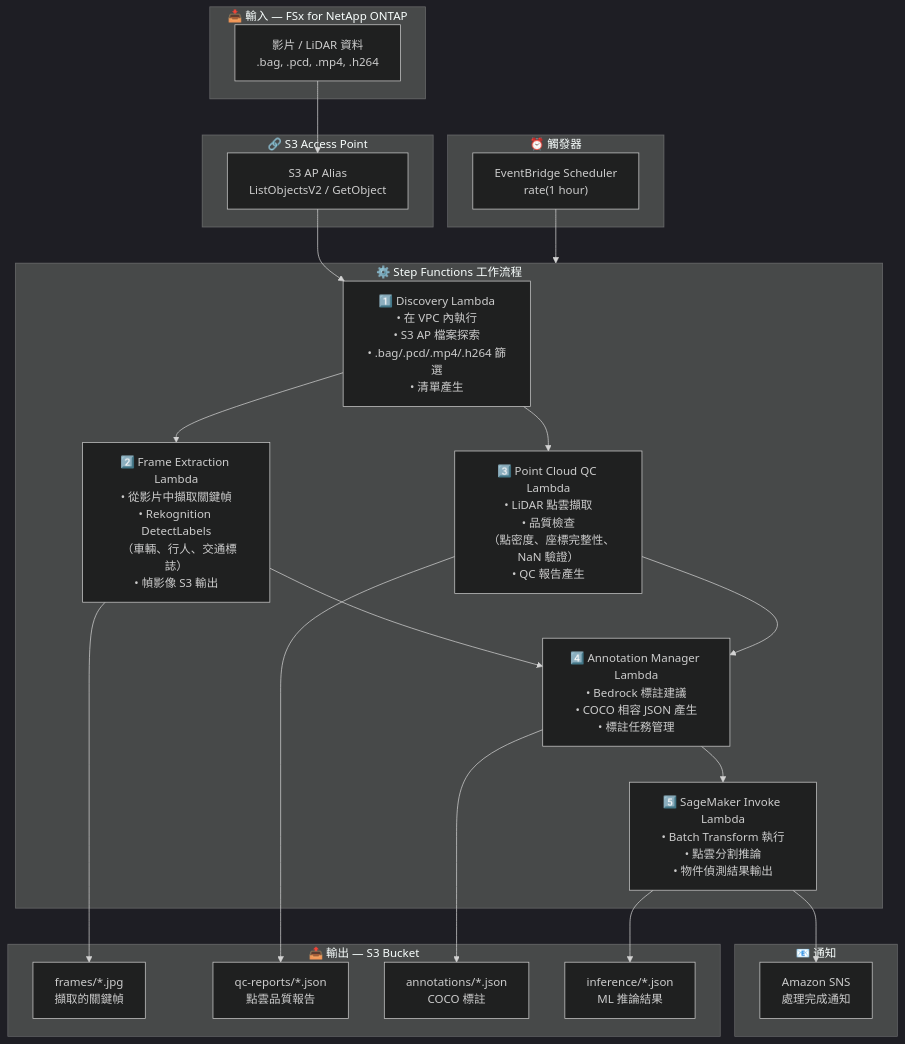
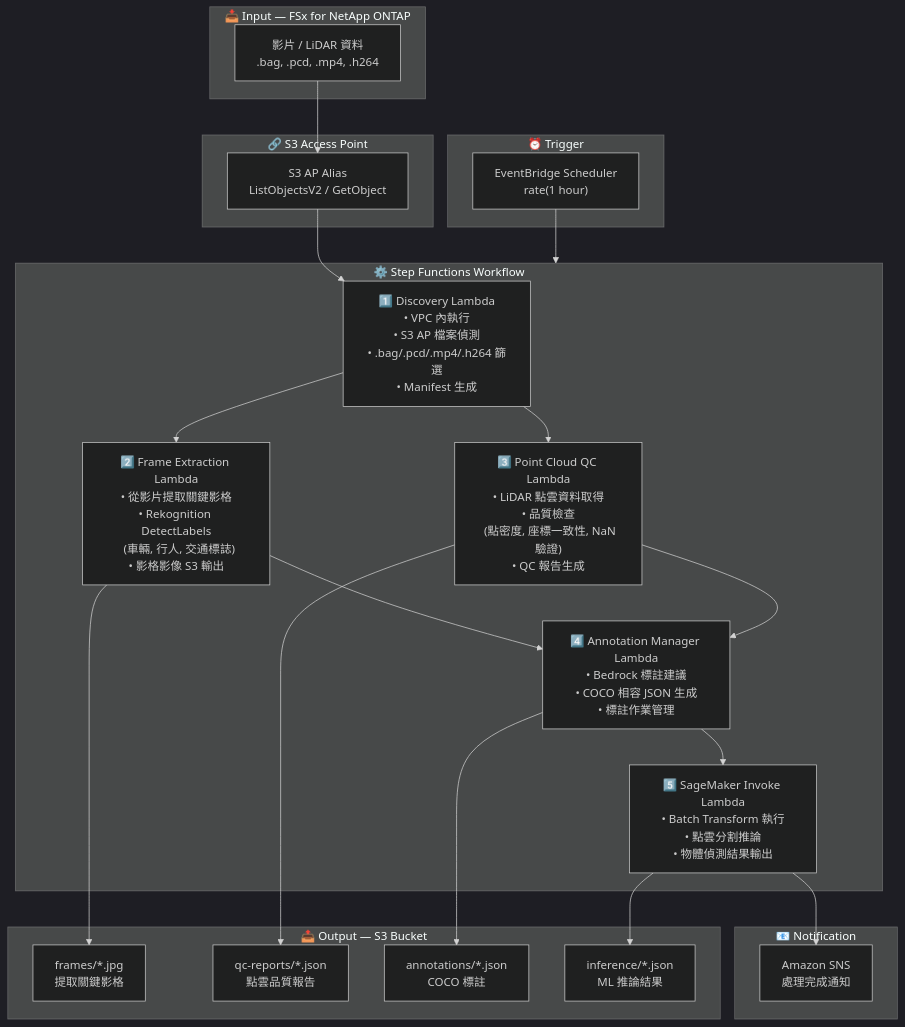
One commit to Yoshiki0705/FSx-for-ONTAP-S3AccessPoints-Serverless-Patterns changed the diagram in autonomous-driving/docs/architecture.zh-TW.md. Above: the diagram before and after it, drawn with Mermaid (dark theme). The commit also changed other lines of this file and 54 other files, not shown here.

````diff
--- a/autonomous-driving/docs/architecture.zh-TW.md
+++ b/autonomous-driving/docs/architecture.zh-TW.md
@@ -11,47 +13,47 @@
 ```mermaid
 flowchart TB
-    subgraph INPUT["📥 輸入 — FSx for NetApp ONTAP"]
+    subgraph INPUT["📥 Input — FSx for NetApp ONTAP"]
         DATA["影片 / LiDAR 資料<br/>.bag, .pcd, .mp4, .h264"]
     end
 
     subgraph S3AP["🔗 S3 Access Point"]
         ALIAS["S3 AP Alias<br/>ListObjectsV2 / GetObject"]
     end
 
-    subgraph TRIGGER["⏰ 觸發器"]
+    subgraph TRIGGER["⏰ Trigger"]
         EB["EventBridge Scheduler<br/>rate(1 hour)"]
     end
 
-    subgraph SFN["⚙️ Step Functions 工作流程"]
-        DISC["1️⃣ Discovery Lambda<br/>• 在 VPC 內執行<br/>• S3 AP 檔案探索<br/>• .bag/.pcd/.mp4/.h264 篩選<br/>• 清單產生"]
-        FE["2️⃣ Frame Extraction Lambda<br/>• 從影片中擷取關鍵幀<br/>• Rekognition DetectLabels<br/>  （車輛、行人、交通標誌）<br/>• 幀影像 S3 輸出"]
-        PC["3️⃣ Point Cloud QC Lambda<br/>• LiDAR 點雲擷取<br/>• 品質檢查<br/>  （點密度、座標完整性、NaN 驗證）<br/>• QC 報告產生"]
-        AM["4️⃣ Annotation Manager Lambda<br/>• Bedrock 標註建議<br/>• COCO 相容 JSON 產生<br/>• 標註任務管理"]
-        SM["5️⃣ SageMaker Invoke Lambda<br/>• Batch Transform 執行<br/>• 點雲分割推論<br/>• 物件偵測結果輸出"]
+    subgraph SFN["⚙️ Step Functions Workflow"]
+        DISC["1️⃣ Discovery Lambda<br/>• VPC 內執行<br/>• S3 AP 檔案偵測<br/>• .bag/.pcd/.mp4/.h264 篩選<br/>• Manifest 生成"]
+        FE["2️⃣ Frame Extraction Lambda<br/>• 從影片提取關鍵影格<br/>• Rekognition DetectLabels<br/>  (車輛, 行人, 交通標誌)<br/>• 影格影像 S3 輸出"]
+        PC["3️⃣ Point Cloud QC Lambda<br/>• LiDAR 點雲資料取得<br/>• 品質檢查<br/>  (點密度, 座標一致性, NaN 驗證)<br/>• QC 報告生成"]
+        AM["4️⃣ Annotation Manager Lambda<br/>• Bedrock 標註建議<br/>• COCO 相容 JSON 生成<br/>• 標註作業管理"]
+        SM["5️⃣ SageMaker Invoke Lambda<br/>• Batch Transform 執行<br/>• 點雲分割推論<br/>• 物體偵測結果輸出"]
     end
 
-    subgraph OUTPUT["📤 輸出 — S3 Bucket"]
-        FRAMES["frames/*.jpg<br/>擷取的關鍵幀"]
+    subgraph OUTPUT["📤 Output — S3 Bucket"]
+        FRAMES["frames/*.jpg<br/>提取關鍵影格"]
         QCR["qc-reports/*.json<br/>點雲品質報告"]
         ANNOT["annotations/*.json<br/>COCO 標註"]
         INFER["inference/*.json<br/>ML 推論結果"]
     end
 
-    subgraph NOTIFY["📧 通知"]
+    subgraph NOTIFY["📧 Notification"]
         SNS["Amazon SNS<br/>處理完成通知"]
     end
 
     DATA --> ALIAS
     ALIAS --> DISC
     EB --> SFN
     DISC --> FE
     DISC --> PC
     FE --> AM
     PC --> AM
     AM --> SM
     FE --> FRAMES
     PC --> QCR
     AM --> ANNOT
     SM --> INFER
     SM --> SNS
 ```
````
